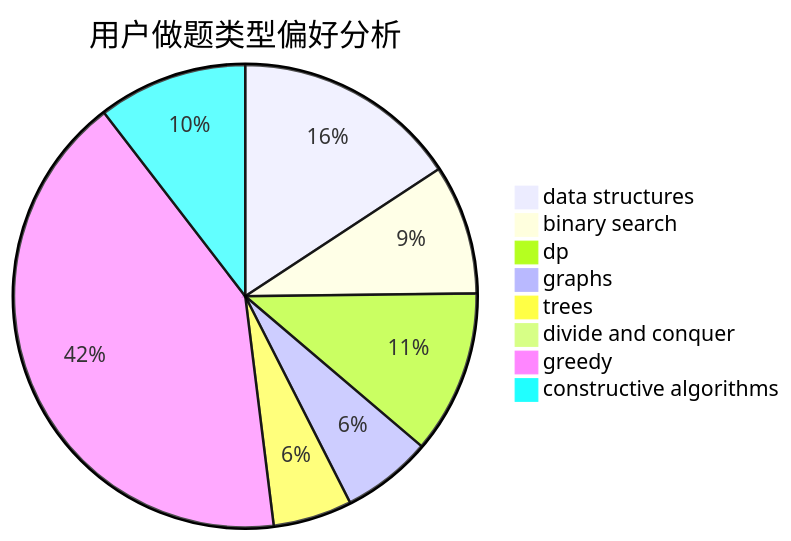
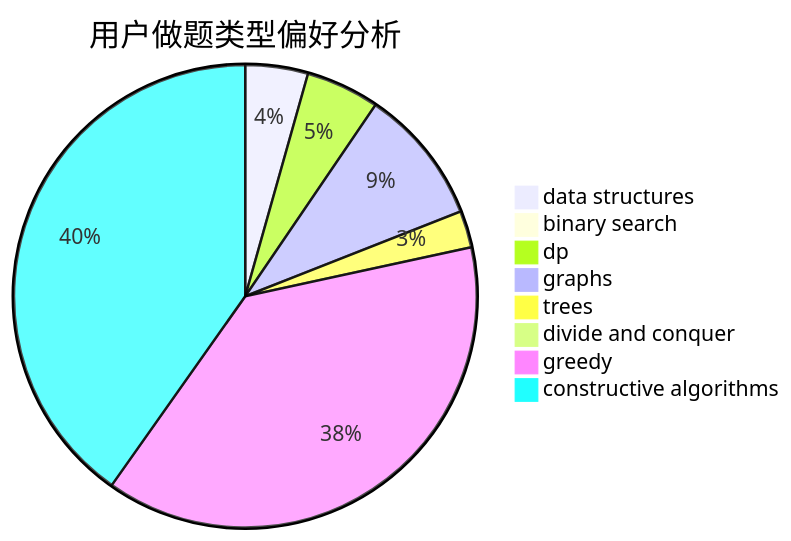
One commit to sherpahu/cfrs.github.io changed the second of 3 diagrams in docs/user/u652.md. Above: the diagram before and after it, drawn with Mermaid. The commit also changed other lines of this file and 2770 other files, not shown here.

````diff
--- a/docs/user/u652.md
+++ b/docs/user/u652.md
@@ -23,11 +23,11 @@
 ```mermaid
 pie title 用户做题类型偏好分析
-    "data structures" :  80
-    "binary search" :  46
-    "dp" :  58
-    "graphs" :  32
-    "trees" :  28
-    "divide and conquer" :  0
-    "greedy" :  211
-    "constructive algorithms" :  53
+    "data structures" :  63
+    "binary search" :  7
+    "dp" :  74
+    "graphs" :  137
+    "trees" :  37
+    "divide and conquer" :  13
+    "greedy" :  550
+    "constructive algorithms" :  579
 ```
````
